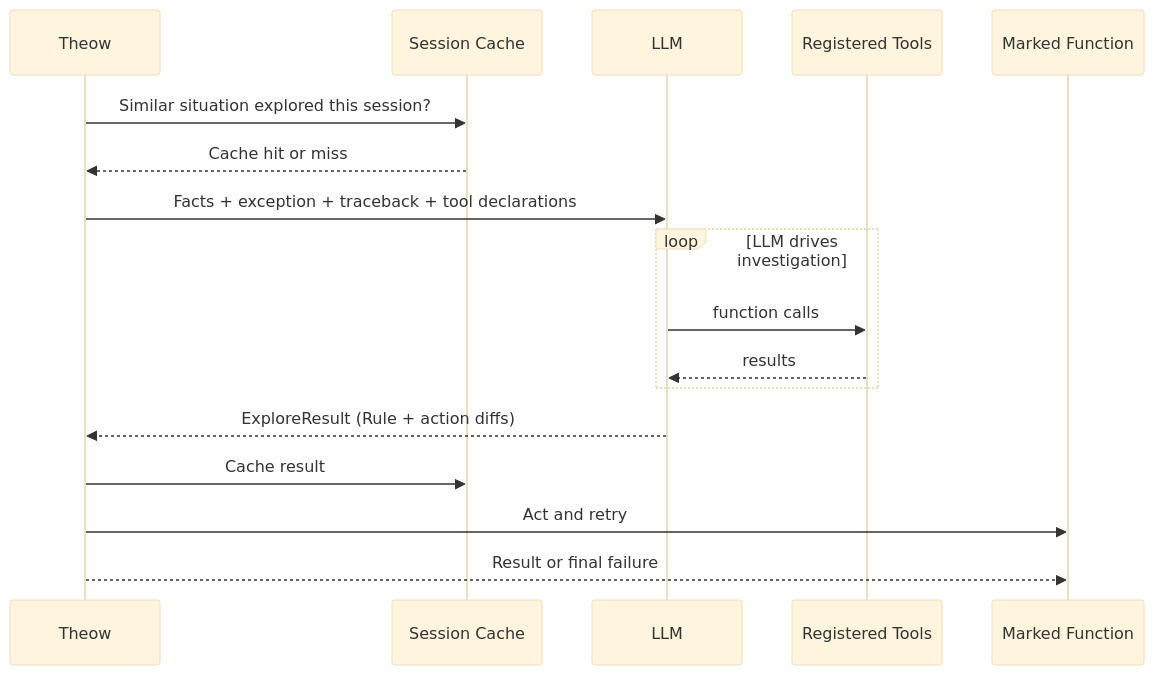
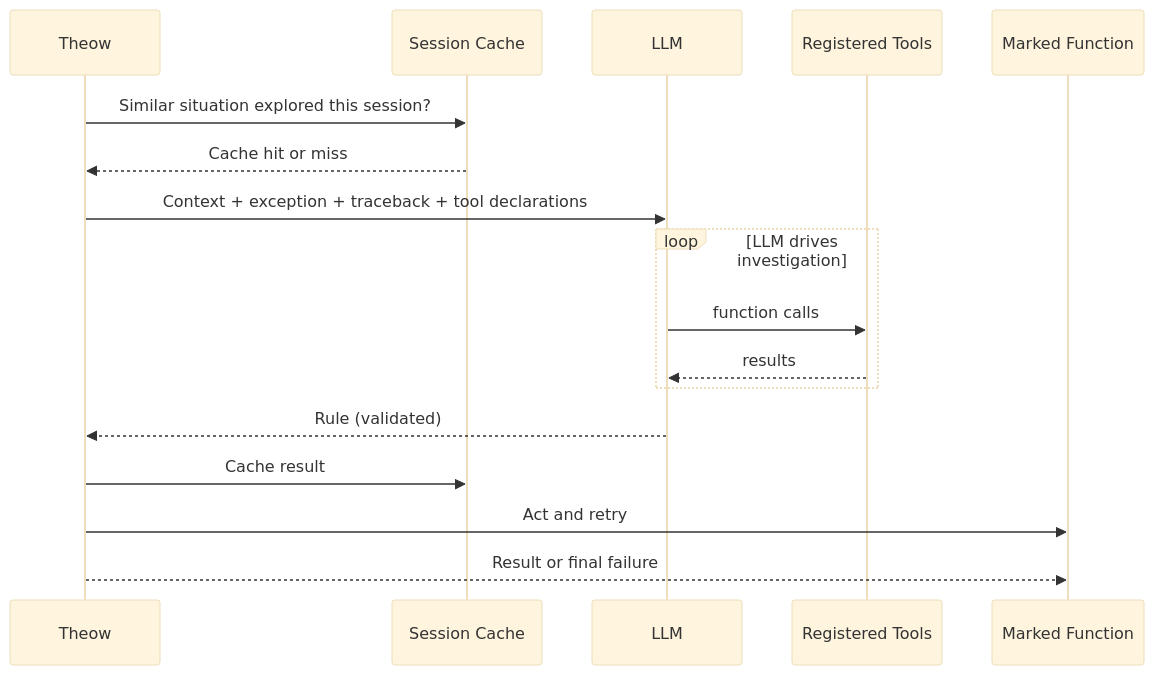
The third of 7 diagrams in spec/pilot.md (adhityaravi/theow), drawn with Mermaid (base theme) before and after one commit. The commit also changed other lines of this file and 1 other file, not shown here.

````diff
--- a/spec/pilot.md
+++ b/spec/pilot.md
@@ -213,22 +212,22 @@
 ```mermaid
 sequenceDiagram
     participant T as Theow
     participant SC as Session Cache
     participant L as LLM
     participant Tools as Registered Tools
     participant F as Marked Function
     
     T->>SC: Similar situation explored this session?
     SC-->>T: Cache hit or miss
     
-    T->>L: Facts + exception + traceback + tool declarations
+    T->>L: Context + exception + traceback + tool declarations
     loop LLM drives investigation
         L->>Tools: function calls
         Tools-->>L: results
     end
-    L-->>T: ExploreResult (Rule + action diffs)
+    L-->>T: Rule (validated)
     
     T->>SC: Cache result
     T->>F: Act and retry
     T-->>F: Result or final failure
 ```
````
